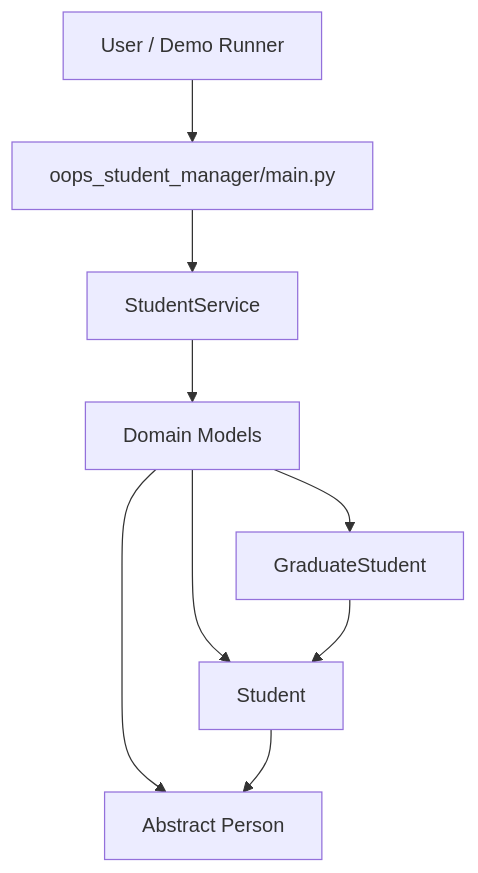
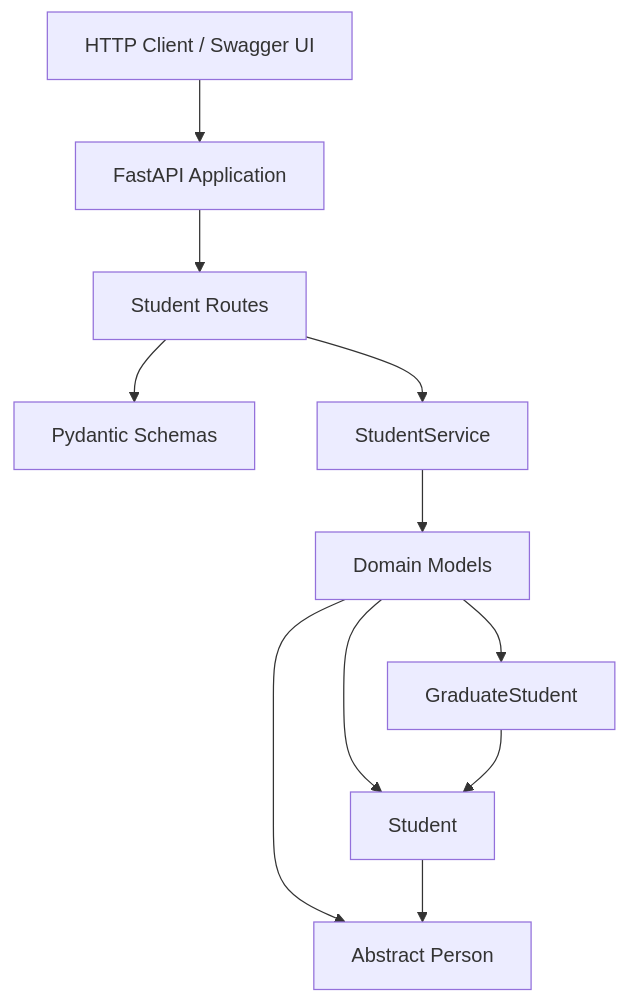
The diagram in OOPS_ARCHITECTURE.md (ESpoorthy/OOPS-Monolithic), drawn with Mermaid before and after one commit. The commit also changed other lines of this file and 39 other files, not shown here.

Commit message:
Replace agriculture backend with OOP Student Management FastAPI app

````diff
--- a/OOPS_ARCHITECTURE.md
+++ b/OOPS_ARCHITECTURE.md
@@ -9,11 +9,13 @@
 ```mermaid
 flowchart TB
-    User[User / Demo Runner] --> Main[oops_student_manager/main.py]
-    Main --> Service[StudentService]
+    Client[HTTP Client / Swagger UI] --> API[FastAPI Application]
+    API --> Routes[Student Routes]
+    Routes --> Schemas[Pydantic Schemas]
+    Routes --> Service[StudentService]
     Service --> Models[Domain Models]
     Models --> Person[Abstract Person]
     Models --> Student[Student]
     Models --> Graduate[GraduateStudent]
     Student --> Person
     Graduate --> Student
 ```
````
